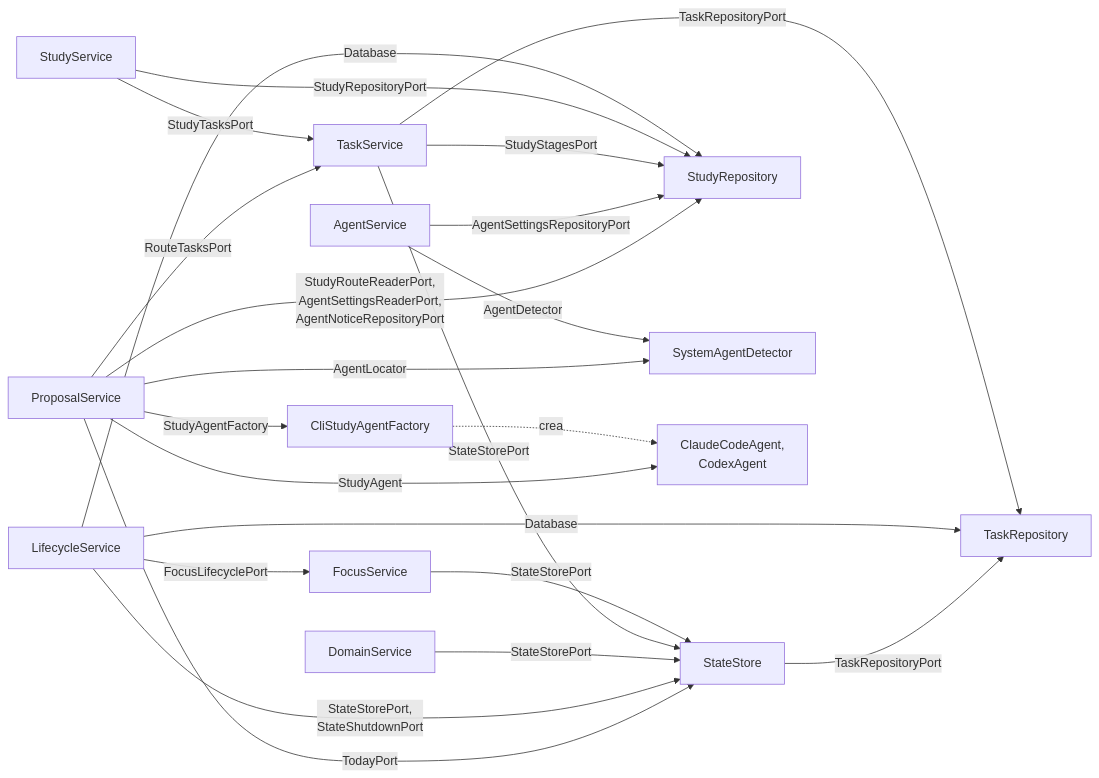
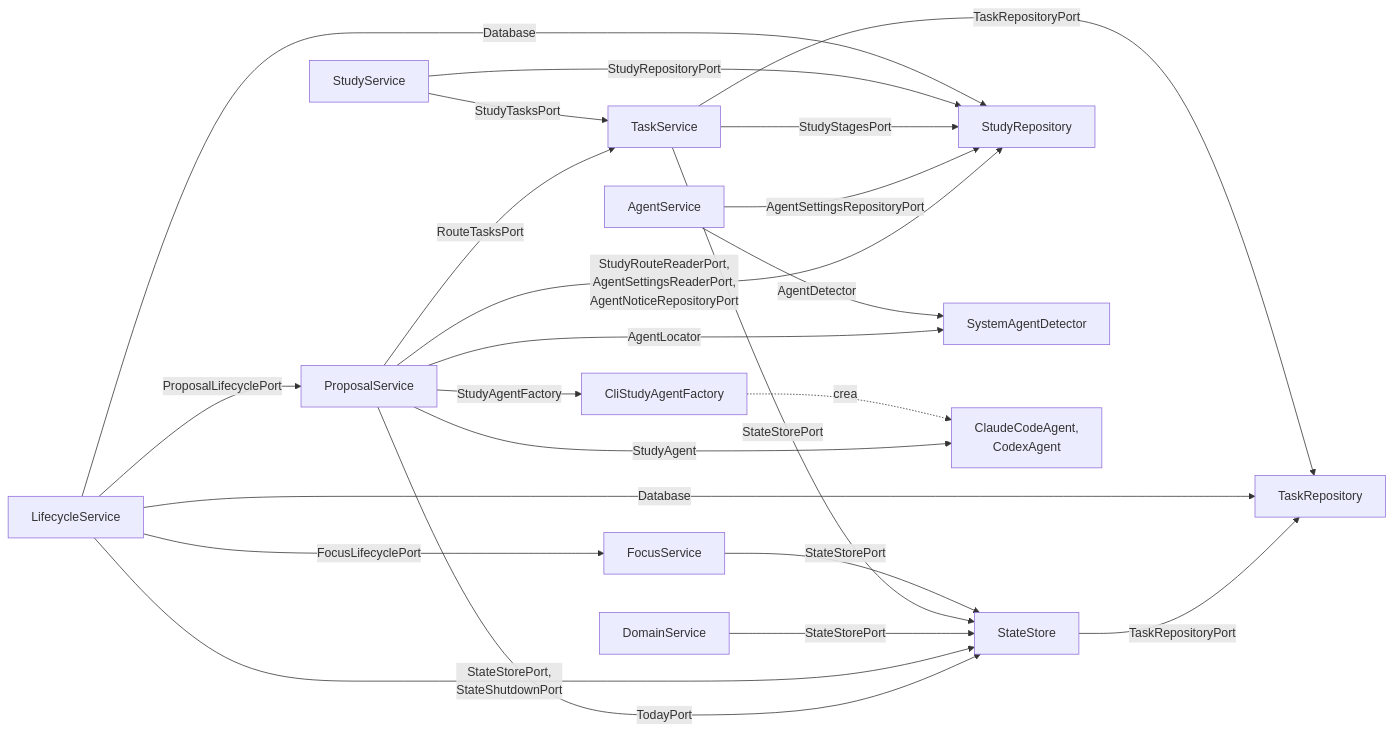
The fifth of 13 diagrams in docs/arquitectura.md (DevJuan95/ritmo), drawn with Mermaid before and after one commit. The commit also changed other lines of this file and 9 other files, not shown here.

````diff
--- a/docs/arquitectura.md
+++ b/docs/arquitectura.md
@@ -183,38 +183,39 @@
 ```mermaid
 flowchart LR
   focus["FocusService"]
   taskService["TaskService"]
   domainService["DomainService"]
   lifecycle["LifecycleService"]
   store["StateStore"]
   repo["TaskRepository"]
   studyService["StudyService"]
   studyRepo["StudyRepository"]
   agentService["AgentService"]
   detector["SystemAgentDetector"]
   proposalService["ProposalService"]
   factory["CliStudyAgentFactory"]
   agents["ClaudeCodeAgent,<br/>CodexAgent"]
 
   focus -- "StateStorePort" --> store
   taskService -- "StateStorePort" --> store
   taskService -- "TaskRepositoryPort" --> repo
   domainService -- "StateStorePort" --> store
   lifecycle -- "StateStorePort,<br/>StateShutdownPort" --> store
   lifecycle -- "FocusLifecyclePort" --> focus
+  lifecycle -- "ProposalLifecyclePort" --> proposalService
   lifecycle -- "Database" --> repo
   lifecycle -- "Database" --> studyRepo
   store -- "TaskRepositoryPort" --> repo
   studyService -- "StudyRepositoryPort" --> studyRepo
   studyService -- "StudyTasksPort" --> taskService
   taskService -- "StudyStagesPort" --> studyRepo
   agentService -- "AgentSettingsRepositoryPort" --> studyRepo
   agentService -- "AgentDetector" --> detector
   proposalService -- "StudyRouteReaderPort,<br/>AgentSettingsReaderPort,<br/>AgentNoticeRepositoryPort" --> studyRepo
   proposalService -- "RouteTasksPort" --> taskService
   proposalService -- "TodayPort" --> store
   proposalService -- "AgentLocator" --> detector
   proposalService -- "StudyAgentFactory" --> factory
   factory -. "crea" .-> agents
   proposalService -- "StudyAgent" --> agents
 ```
````
